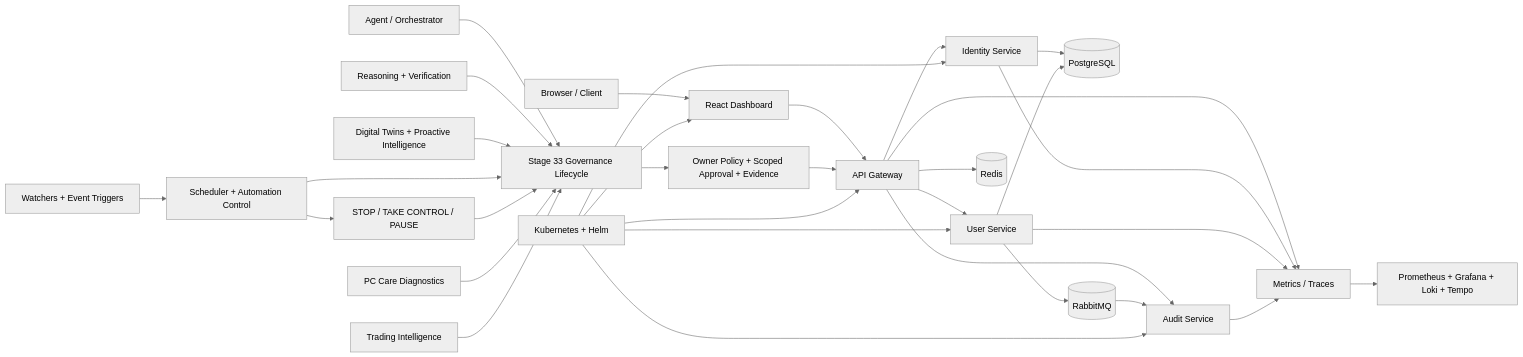
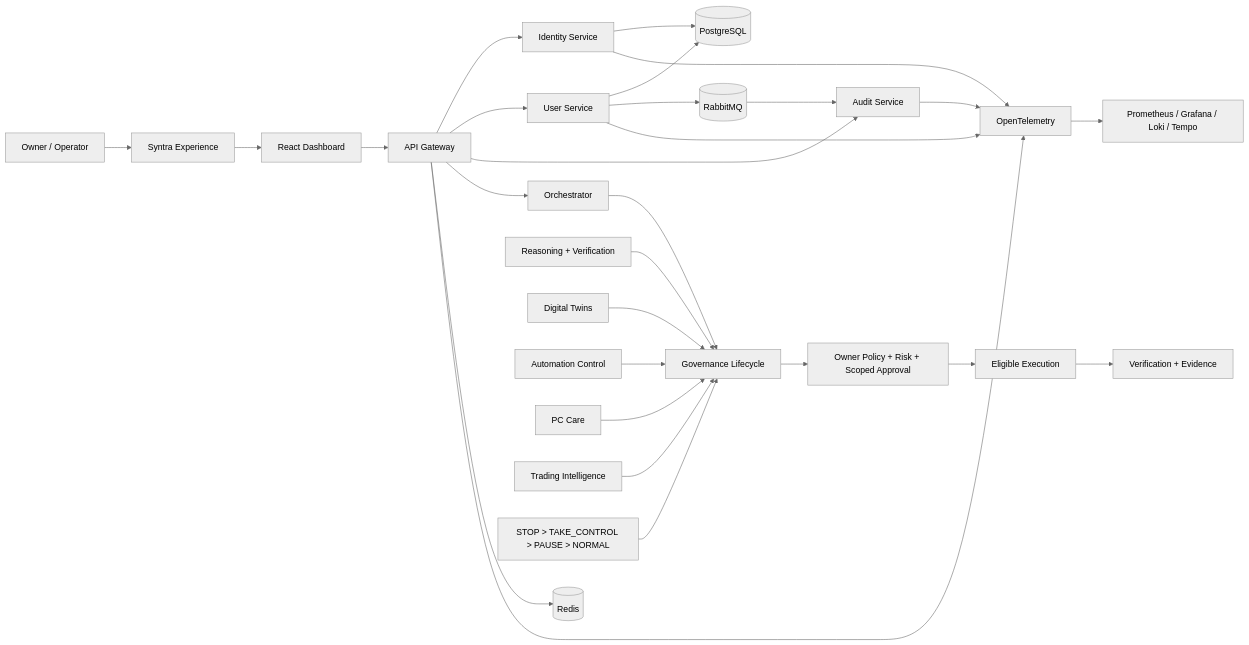
Before and after one commit to teldigi5-wq/aetheris-platform: the diagram in README.md, drawn with Mermaid (neutral theme). The commit also changed other lines of this file and 4 other files, not shown here.

````diff
--- a/README.md
+++ b/README.md
@@ -53,37 +128,36 @@
 ```mermaid
 flowchart LR
-    U[Browser / Client] --> D[React Dashboard]
-    D --> G[API Gateway]
-    G --> I[Identity Service]
-    G --> S[User Service]
-    G --> A[Audit Service]
-    G --> R[(Redis)]
-    I --> P[(PostgreSQL)]
-    S --> P
-    S --> M[(RabbitMQ)]
-    M --> A
-    G --> O[Metrics / Traces]
-    I --> O
-    S --> O
-    A --> O
-    O --> OBS[Prometheus + Grafana + Loki + Tempo]
+    OWNER[Owner / Operator] --> SYN[Syntra Experience]
+    SYN --> DASH[React Dashboard]
+    DASH --> GW[API Gateway]
 
-    EVT[Watchers + Event Triggers] --> AUTO[Scheduler + Automation Control]
-    AUTO --> EMG[STOP / TAKE CONTROL / PAUSE]
+    GW --> ID[Identity Service]
+    GW --> USR[User Service]
+    GW --> AUD[Audit Service]
+    GW --> ORCH[Orchestrator]
 
-    AG[Agent / Orchestrator] --> GOV[Stage 33 Governance Lifecycle]
+    ID --> PG[(PostgreSQL)]
+    USR --> PG
+    GW --> REDIS[(Redis)]
+    USR --> MQ[(RabbitMQ)]
+    MQ --> AUD
+
+    ORCH --> GOV[Governance Lifecycle]
     RSN[Reasoning + Verification] --> GOV
-    TWIN[Digital Twins + Proactive Intelligence] --> GOV
-    AUTO --> GOV
-    EMG --> GOV
-    PC[PC Care Diagnostics] --> GOV
+    TWIN[Digital Twins] --> GOV
+    AUTO[Automation Control] --> GOV
+    PC[PC Care] --> GOV
     TRD[Trading Intelligence] --> GOV
-    GOV --> POL[Owner Policy + Scoped Approval + Evidence]
-    POL --> G
 
-    K[Kubernetes + Helm] --> D
-    K --> G
-    K --> I
-    K --> S
-    K --> A
+    GOV --> POLICY[Owner Policy + Risk + Scoped Approval]
+    POLICY --> EXEC[Eligible Execution]
+    EXEC --> VERIFY[Verification + Evidence]
+
+    GW --> OTEL[OpenTelemetry]
+    ID --> OTEL
+    USR --> OTEL
+    AUD --> OTEL
+    OTEL --> OBS[Prometheus / Grafana / Loki / Tempo]
+
+    EMG[STOP > TAKE_CONTROL > PAUSE > NORMAL] --> GOV
 ```
````
